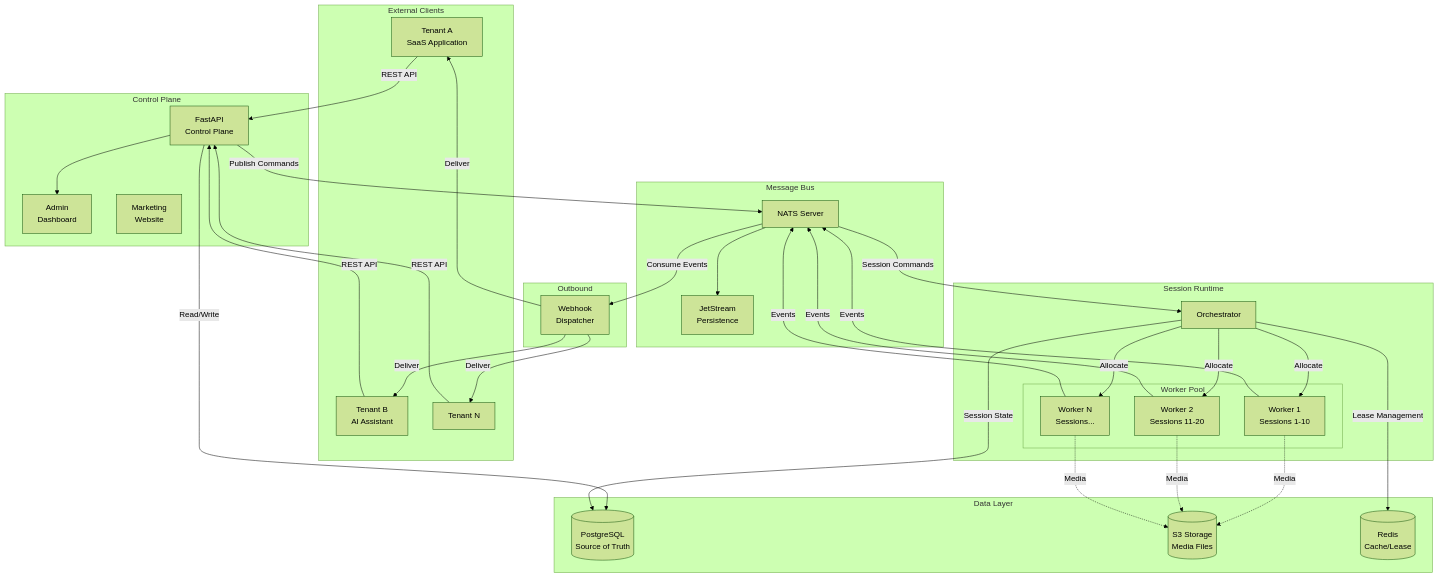
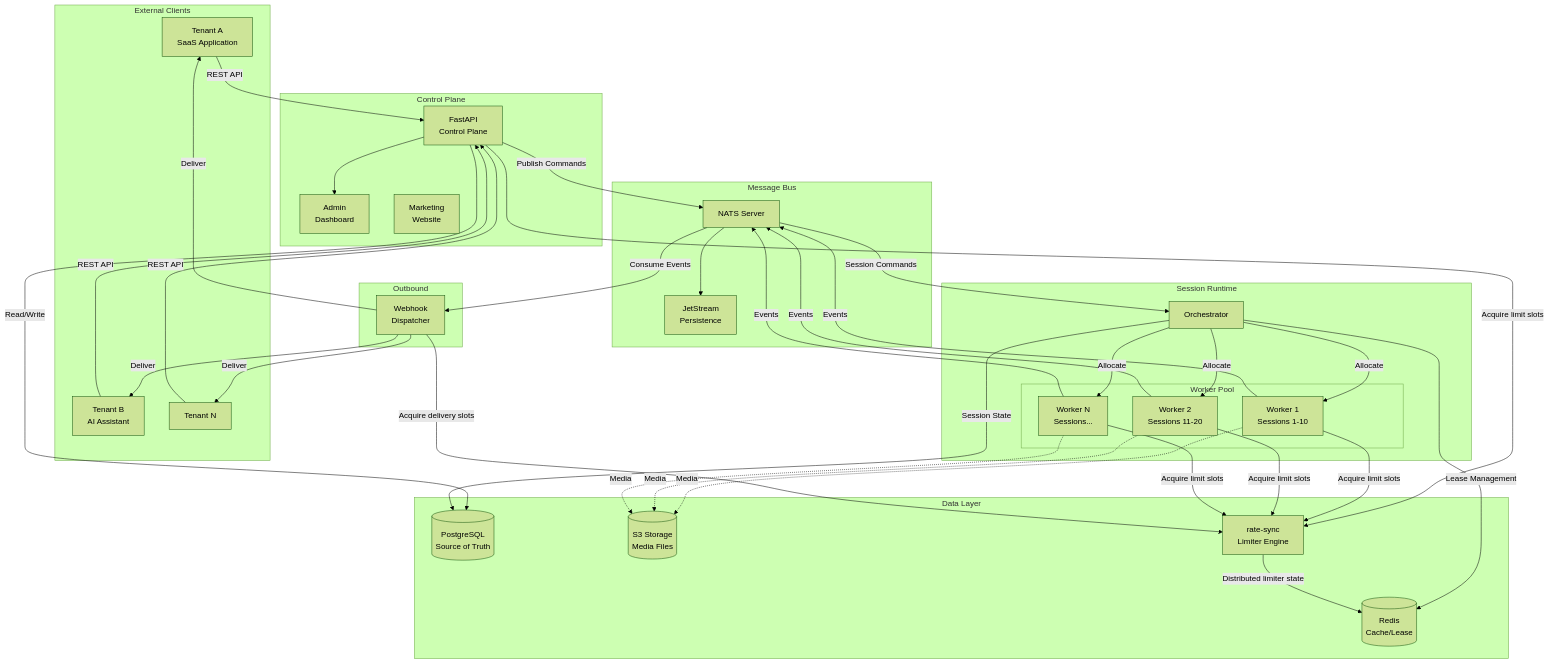
Before and after one commit to turbo-notify/docs: the first of 3 diagrams in architecture/ecosystem-architecture.md, drawn with Mermaid (forest theme). The commit also changed other lines of this file and 29 other files, not shown here.

````diff
--- a/architecture/ecosystem-architecture.md
+++ b/architecture/ecosystem-architecture.md
@@ -23,63 +23,68 @@
 ```mermaid
 graph TB
     subgraph "External Clients"
         T1[Tenant A<br/>SaaS Application]
         T2[Tenant B<br/>AI Assistant]
         T3[Tenant N]
     end
 
     subgraph "Control Plane"
         API[FastAPI<br/>Control Plane]
         Dashboard[Admin<br/>Dashboard]
         Landing[Marketing<br/>Website]
     end
 
     subgraph "Message Bus"
         NATS[NATS Server]
         JS[JetStream<br/>Persistence]
     end
 
     subgraph "Session Runtime"
         ORCH[Orchestrator]
         subgraph "Worker Pool"
             W1[Worker 1<br/>Sessions 1-10]
             W2[Worker 2<br/>Sessions 11-20]
             W3[Worker N<br/>Sessions...]
         end
     end
 
     subgraph "Data Layer"
         PG[(PostgreSQL<br/>Source of Truth)]
         S3[(S3 Storage<br/>Media Files)]
         Redis[(Redis<br/>Cache/Lease)]
+        RS[rate-sync<br/>Limiter Engine]
     end
 
     subgraph "Outbound"
         WH[Webhook<br/>Dispatcher]
     end
 
     %% Client connections
     T1 & T2 & T3 -->|REST API| API
     API --> Dashboard
 
     %% API to data
     API -->|Read/Write| PG
     API -->|Publish Commands| NATS
+    API -->|Acquire limit slots| RS
 
     %% NATS flows
     NATS --> JS
     NATS -->|Session Commands| ORCH
     ORCH -->|Allocate| W1 & W2 & W3
     W1 & W2 & W3 -->|Events| NATS
 
     %% Worker data
     W1 & W2 & W3 -.->|Media| S3
+    W1 & W2 & W3 -->|Acquire limit slots| RS
 
     %% Event persistence
     NATS -->|Consume Events| WH
+    WH -->|Acquire delivery slots| RS
     WH -->|Deliver| T1 & T2 & T3
 
     %% Orchestrator data
     ORCH -->|Lease Management| Redis
     ORCH -->|Session State| PG
+    RS -->|Distributed limiter state| Redis
 ```
````
